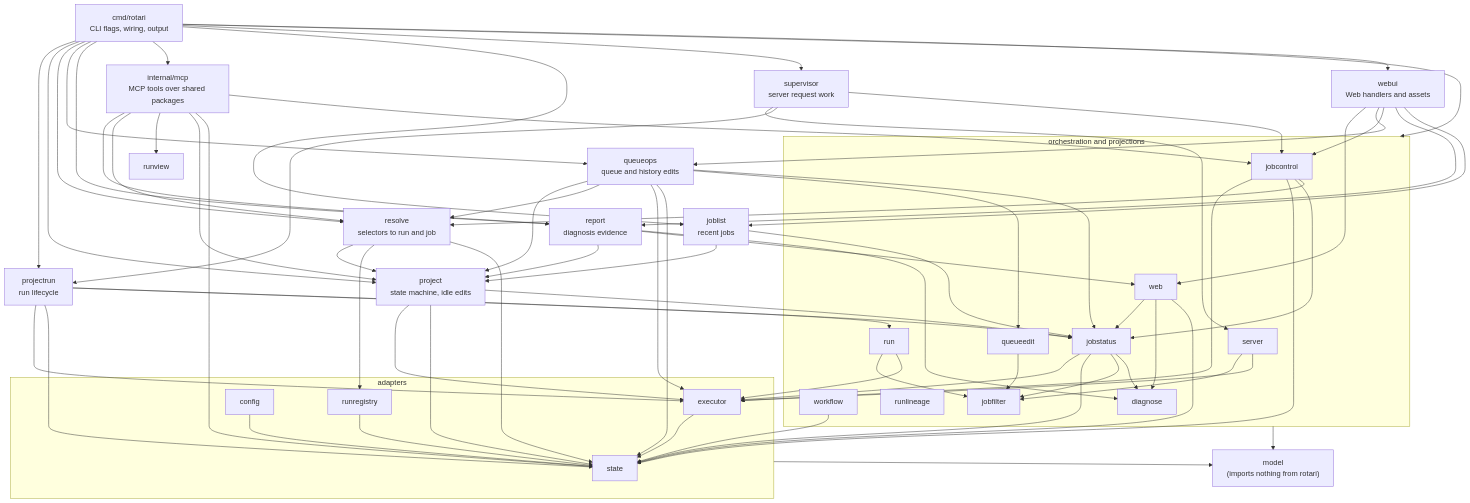
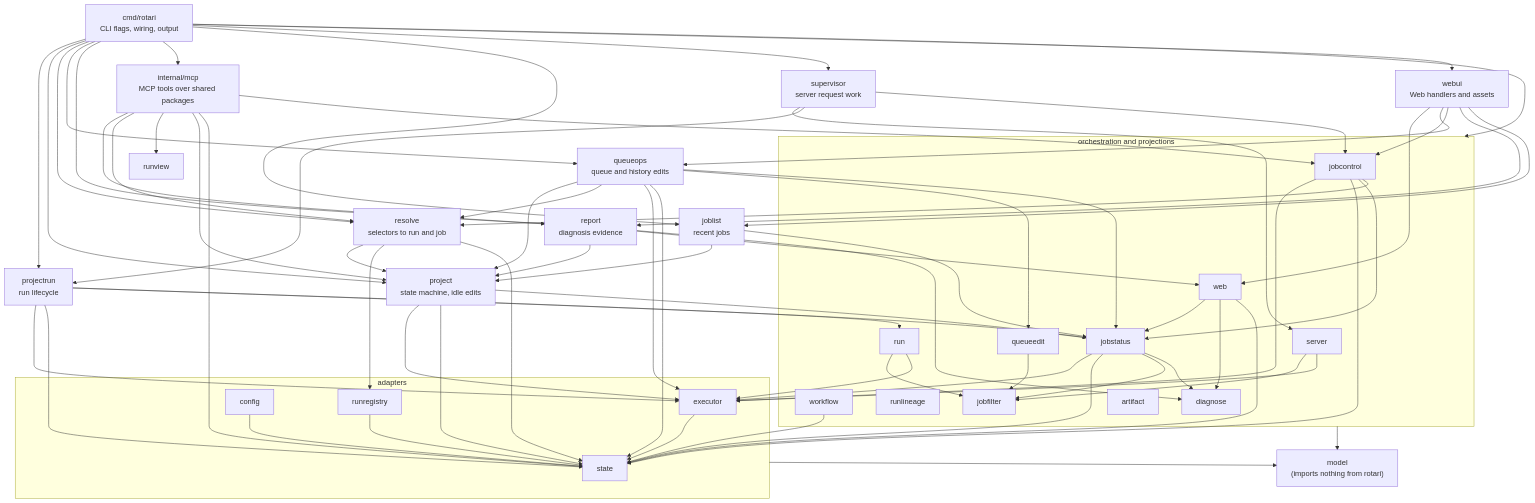
The second of 2 diagrams in docs/ARCHITECTURE.md (kamo-naoyuki/rotari), drawn with Mermaid before and after one commit. The commit also changed other lines of this file and 8 other files, not shown here.

```diff
--- a/docs/ARCHITECTURE.md
+++ b/docs/ARCHITECTURE.md
@@ -127,6 +127,7 @@
    runlineage
     diagnose
       jobfilter
+      artifact
   end
   subgraph l1["adapters"]
     executor
```
